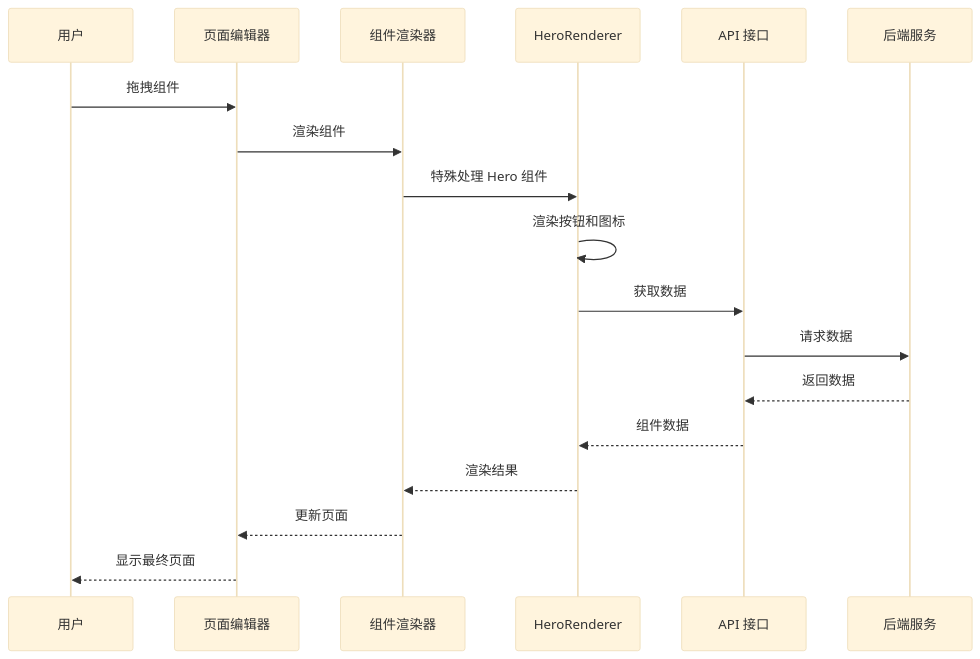
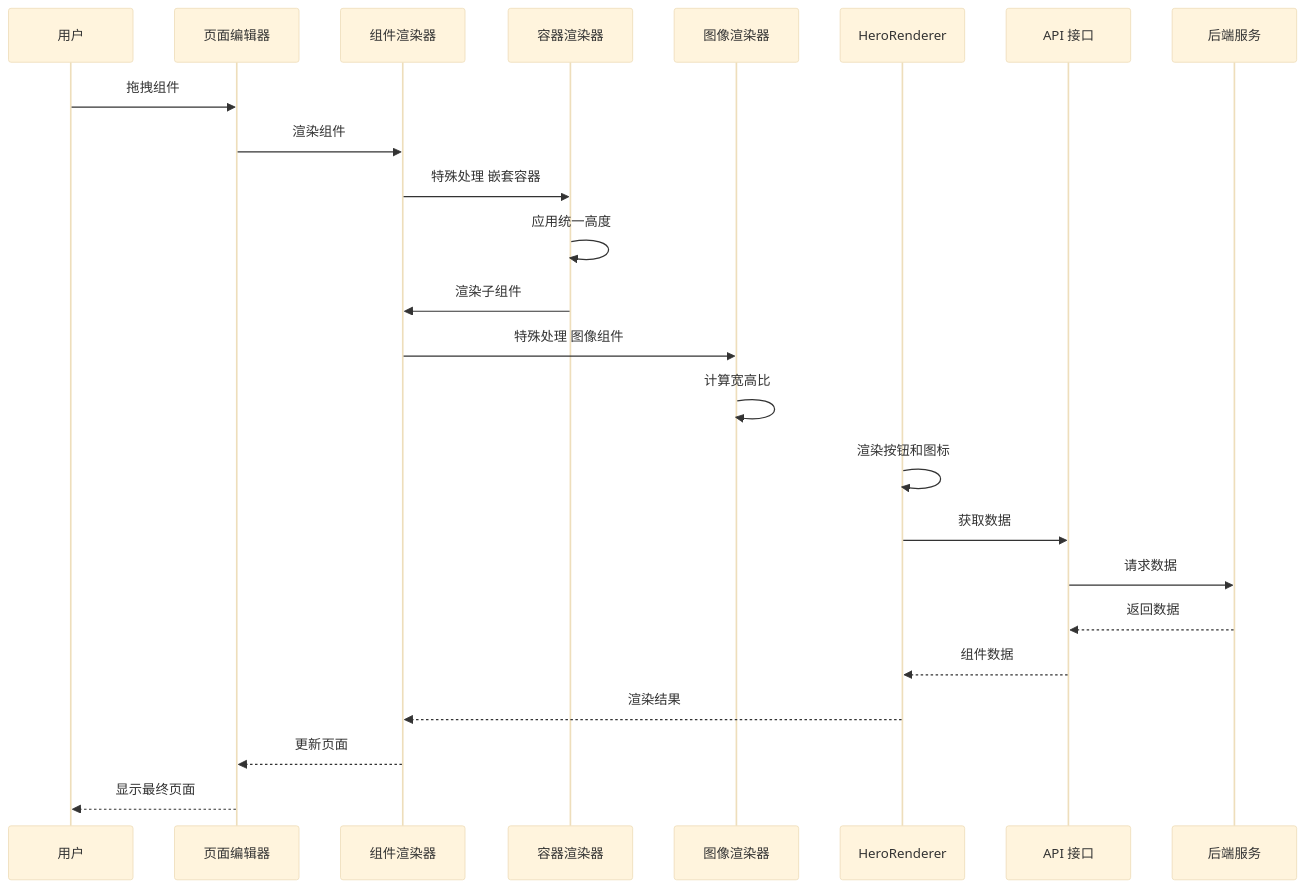
Before and after one commit to wyg5208/website_diy: the third of 15 diagrams in .qoder/repowiki/zh/content/前端组件系统/组件渲染器增强.md, drawn with Mermaid (base theme). The commit also changed other lines of this file and 109 other files, not shown here.

````diff
--- a/.qoder/repowiki/zh/content/前端组件系统/组件渲染器增强.md
+++ b/.qoder/repowiki/zh/content/前端组件系统/组件渲染器增强.md
@@ -173,20 +199,26 @@
 ```mermaid
 sequenceDiagram
 participant User as 用户
 participant Editor as 页面编辑器
 participant Renderer as 组件渲染器
+participant Container as 容器渲染器
+participant Image as 图像渲染器
 participant HeroRenderer as HeroRenderer
 participant API as API 接口
 participant Backend as 后端服务
 User->>Editor : 拖拽组件
 Editor->>Renderer : 渲染组件
-Renderer->>HeroRenderer : 特殊处理 Hero 组件
+Renderer->>Container : 特殊处理 嵌套容器
+Container->>Container : 应用统一高度
+Container->>Renderer : 渲染子组件
+Renderer->>Image : 特殊处理 图像组件
+Image->>Image : 计算宽高比
 HeroRenderer->>HeroRenderer : 渲染按钮和图标
 HeroRenderer->>API : 获取数据
 API->>Backend : 请求数据
 Backend-->>API : 返回数据
 API-->>HeroRenderer : 组件数据
 HeroRenderer-->>Renderer : 渲染结果
 Renderer-->>Editor : 更新页面
 Editor-->>User : 显示最终页面
 ```
````
